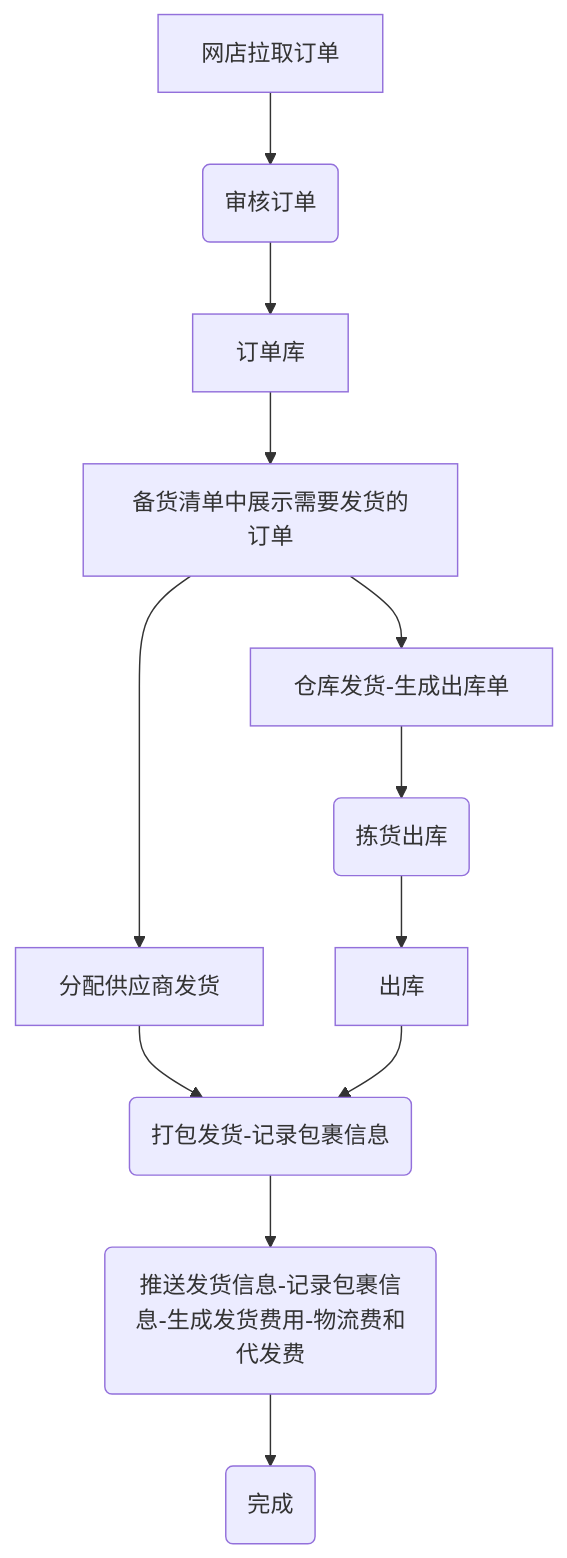
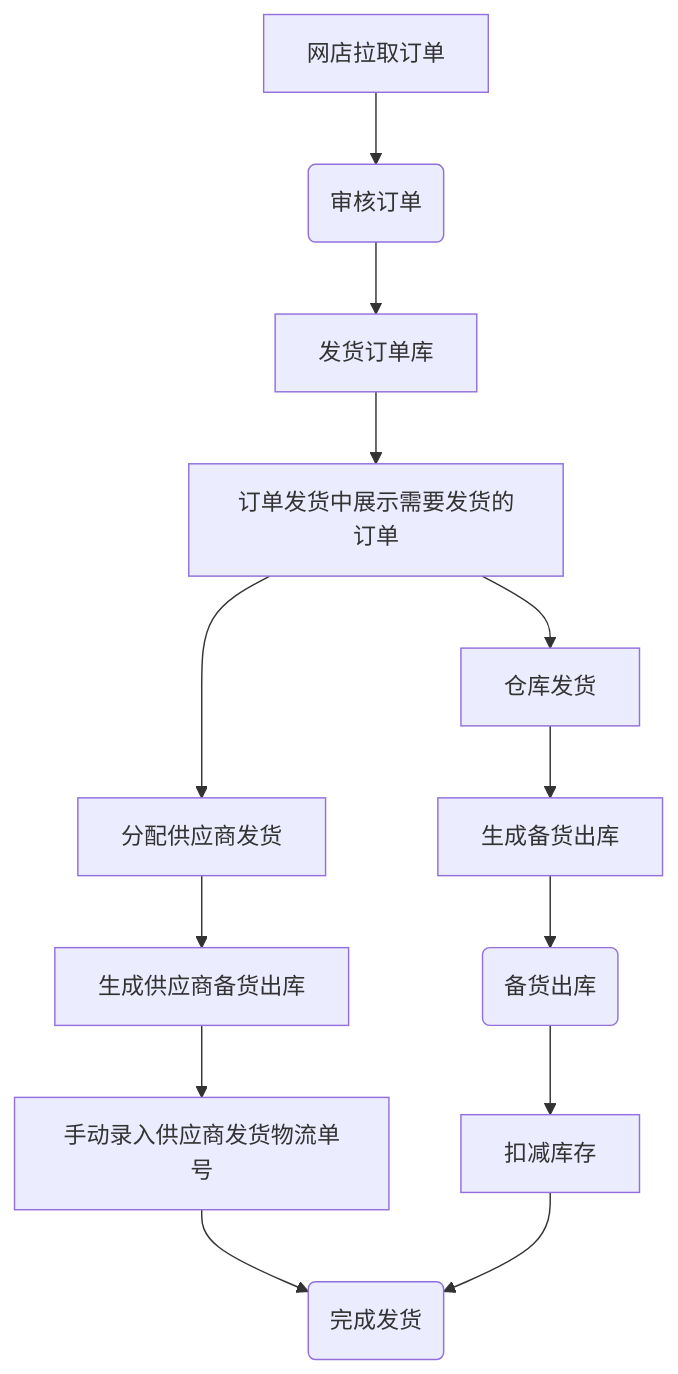
One commit to zeasin/qihang-oms changed the first of 5 diagrams in README.md. Above: the diagram before and after it, drawn with Mermaid.

````diff
--- a/README.md
+++ b/README.md
@@ -89,14 +89,16 @@
 ```mermaid
 graph TD
 A[网店拉取订单] -->B(审核订单)
-    B --> C[订单库]
-    C --> C1[备货清单中展示需要发货的订单]
-    C1 --> D[仓库发货-生成出库单]
+    B --> C[发货订单库]
+    C --> C1[订单发货中展示需要发货的订单]
+    C1 --> D[仓库发货]
     C1 --> E[分配供应商发货]
-    D --> F(拣货出库)
-    F --> F1[出库]
-    E --> H(打包发货-记录包裹信息)
+    D --> D1[生成备货出库]
+    D1 --> F(备货出库)
+    F --> F1[扣减库存]
+    E --> E1[生成供应商备货出库]
+    E1 --> E2[手动录入供应商发货物流单号]
+    E2 --> H(完成发货)
     F1 --> H
-    H --> G(推送发货信息-记录包裹信息-生成发货费用-物流费和代发费)
-    G --> I(完成)
+
 ```
````
